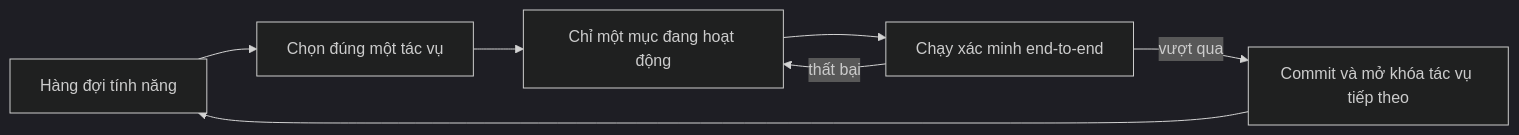
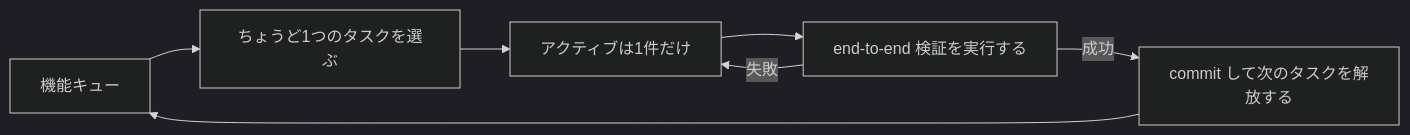
Before and after one commit to mkusaka/learn-harness-engineering: the first of 2 diagrams in docs/vi/lectures/lecture-07-why-agents-overreach-and-under-finish/index.md, drawn with Mermaid (dark theme). The commit also changed other lines of this file and 571 other files, not shown here.

````diff
--- a/docs/vi/lectures/lecture-07-why-agents-overreach-and-under-finish/index.md
+++ b/docs/vi/lectures/lecture-07-why-agents-overreach-and-under-finish/index.md
@@ -33,9 +33,9 @@
 ```mermaid
 flowchart LR
-    Queue["Hàng đợi tính năng"] --> Pick["Chọn đúng một tác vụ"]
-    Pick --> Active["Chỉ một mục đang hoạt động"]
-    Active --> Verify["Chạy xác minh end-to-end"]
-    Verify -->|vượt qua| Commit["Commit và mở khóa tác vụ tiếp theo"]
-    Verify -->|thất bại| Active
+    Queue["機能キュー"] --> Pick["ちょうど1つのタスクを選ぶ"]
+    Pick --> Active["アクティブは1件だけ"]
+    Active --> Verify["end-to-end 検証を実行する"]
+    Verify -->|成功| Commit["commit して次のタスクを解放する"]
+    Verify -->|失敗| Active
     Commit --> Queue
 ```
````
